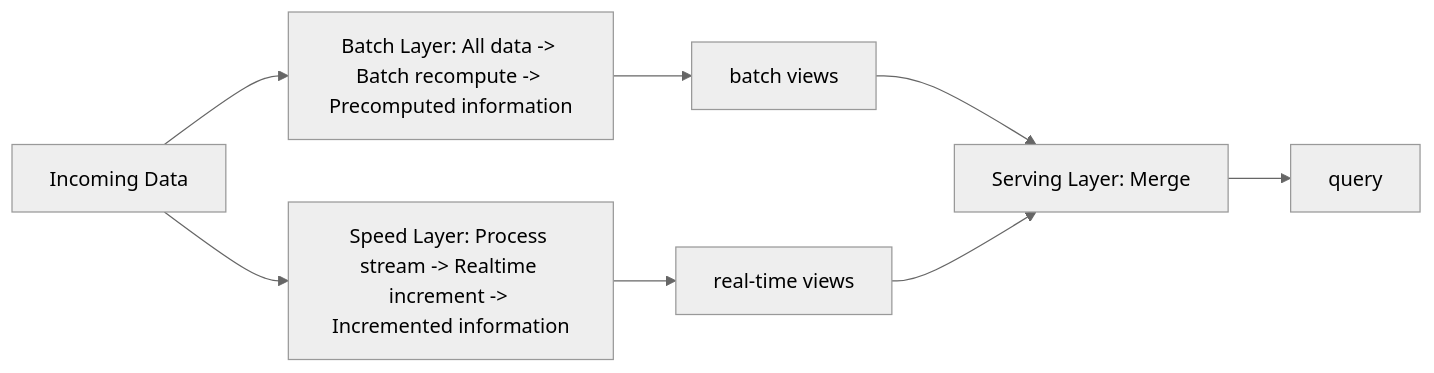
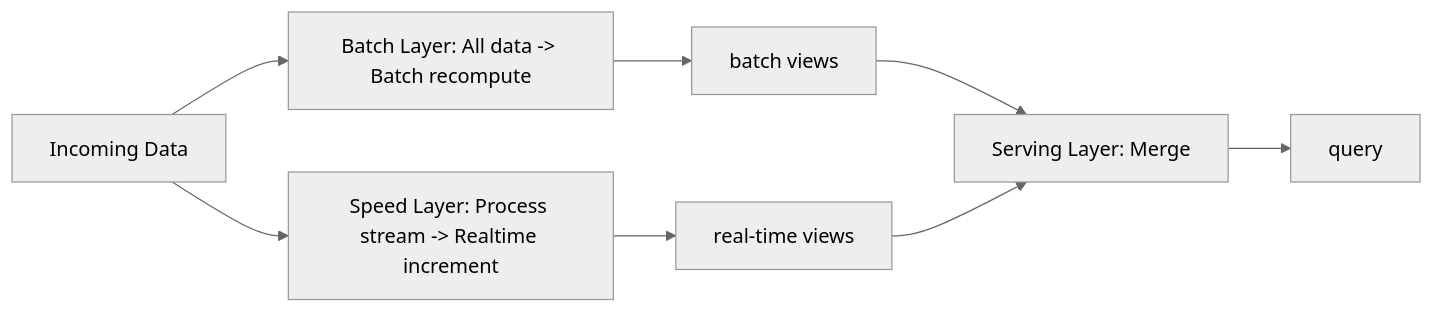
Before and after one commit to mdanmek/nida-dads-notes: the third of 12 diagrams in dads6002-big-data-analytics/summary/01_hadoop[claude].md, drawn with Mermaid (neutral theme). The commit also changed other lines of this file, not shown here.

````diff
--- a/dads6002-big-data-analytics/summary/01_hadoop[claude].md
+++ b/dads6002-big-data-analytics/summary/01_hadoop[claude].md
@@ -181,10 +114,10 @@
 ```mermaid
 flowchart LR
-    IN["Incoming Data"] --> BL["Batch Layer: All data -> Batch recompute -> Precomputed information"]
-    IN --> SL["Speed Layer: Process stream -> Realtime increment -> Incremented information"]
+    IN["Incoming Data"] --> BL["Batch Layer: All data -> Batch recompute"]
+    IN --> SL["Speed Layer: Process stream -> Realtime increment"]
     BL --> BV["batch views"]
     SL --> RV["real-time views"]
     BV --> M["Serving Layer: Merge"]
     RV --> M
     M --> Q["query"]
 ```
````
